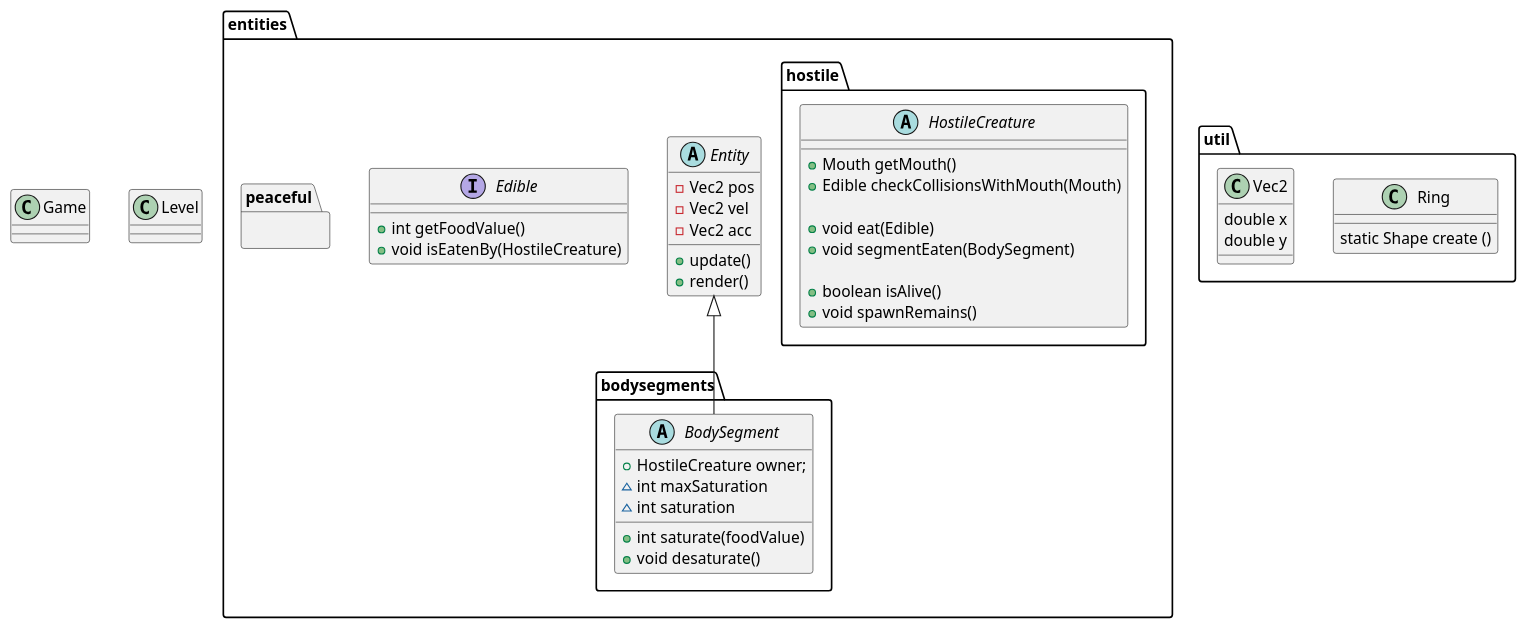
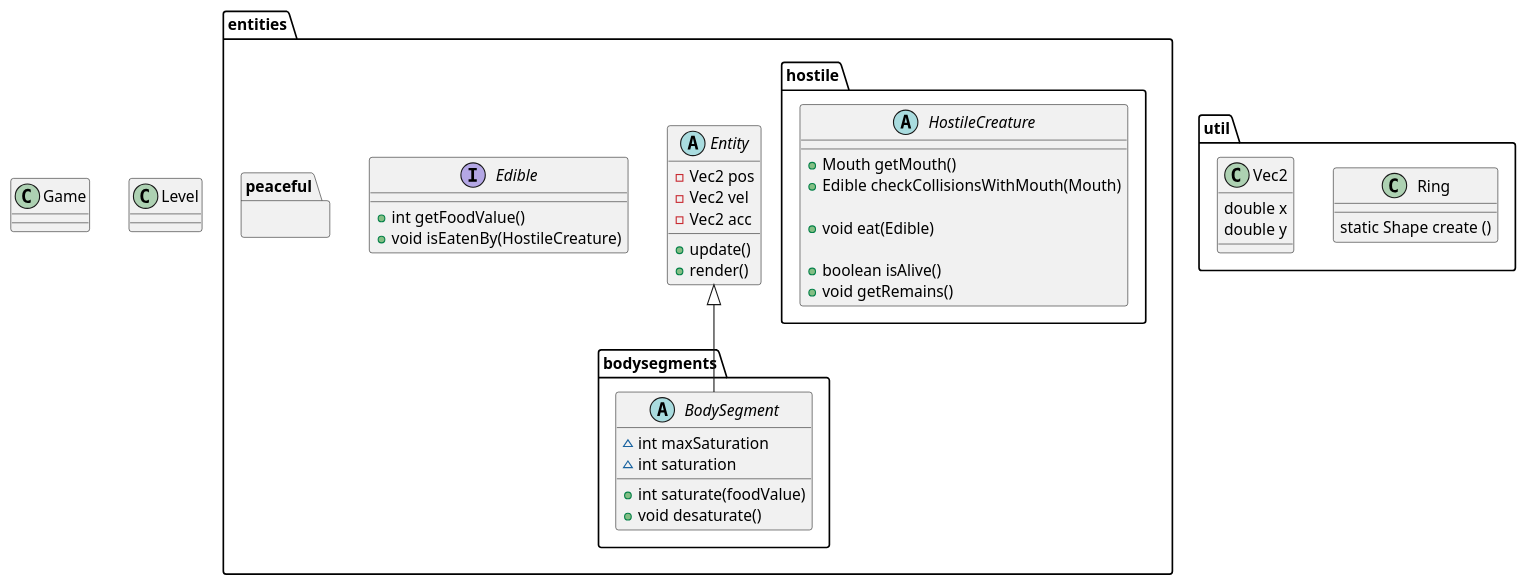
One commit to gb999/flOw changed the diagram in docs/spec/classdiagram.puml. Above: the diagram before and after it, drawn with PlantUML. The commit also changed 4 other files, not shown here.

Commit message:
HostileCreature Edible and BodySegment documentation

```diff
--- a/docs/spec/classdiagram.puml
+++ b/docs/spec/classdiagram.puml
@@ -1,67 +1,65 @@
 @startuml
 package entities {
     abstract class Entity {
         - Vec2 pos
         - Vec2 vel
         - Vec2 acc
 
         + update()
         + render()
     }
 
     interface Edible {
         + int getFoodValue()
         + void isEatenBy(HostileCreature)
     } 
 }
 
 package entities.bodysegments {
     abstract BodySegment extends entities.Entity {
-        + HostileCreature owner;
         ~ int maxSaturation
         ~ int saturation
         + int saturate(foodValue)
         + void desaturate()
 
     } 
 }
 
 package entities.hostile {
     abstract class HostileCreature {
         + Mouth getMouth()
         + Edible checkCollisionsWithMouth(Mouth)
         
         + void eat(Edible)
-        + void segmentEaten(BodySegment)
         
         + boolean isAlive()
-        + void spawnRemains()
+        + void getRemains()
 
 
     }
 }
 
 package entities.peaceful {
 
 }
 
 package util {
     class Ring {
         static Shape create ()
     }
     class Vec2 {
         double x
         double y
     }
 }
 
 
 class Game {
 }
 
 class Level {
 
 }
 
 
 @enduml
```
